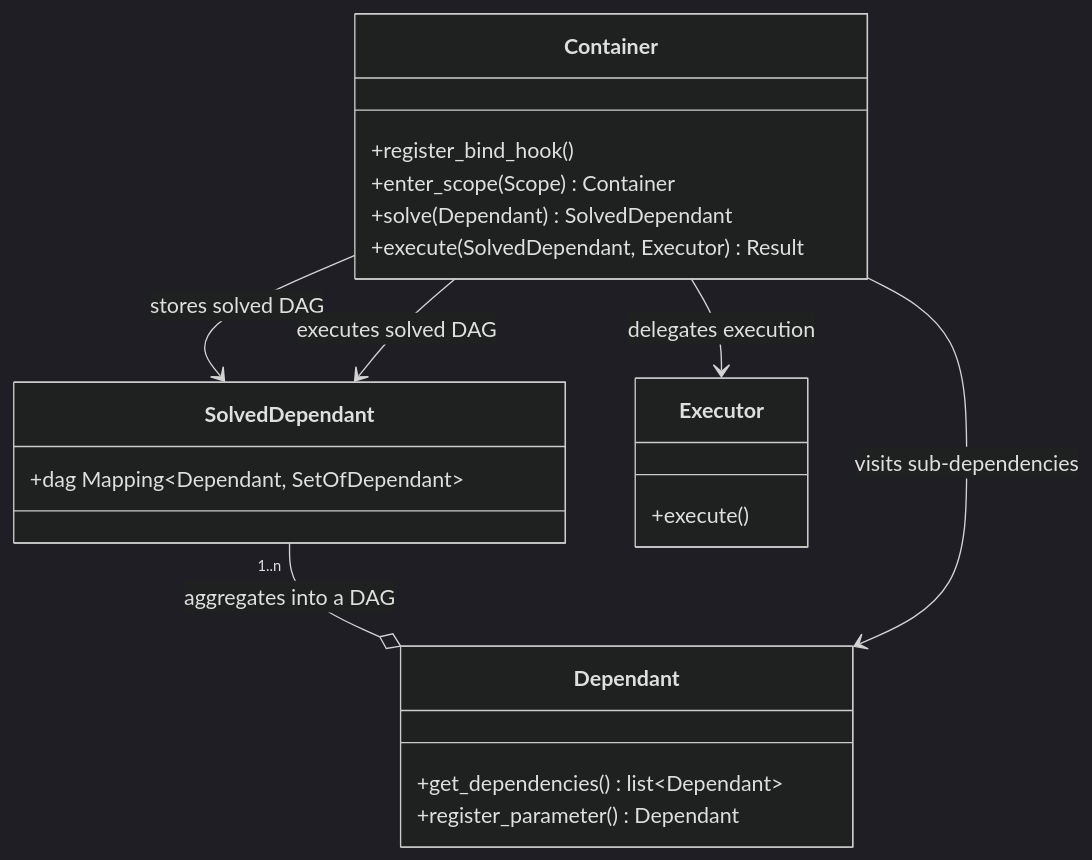
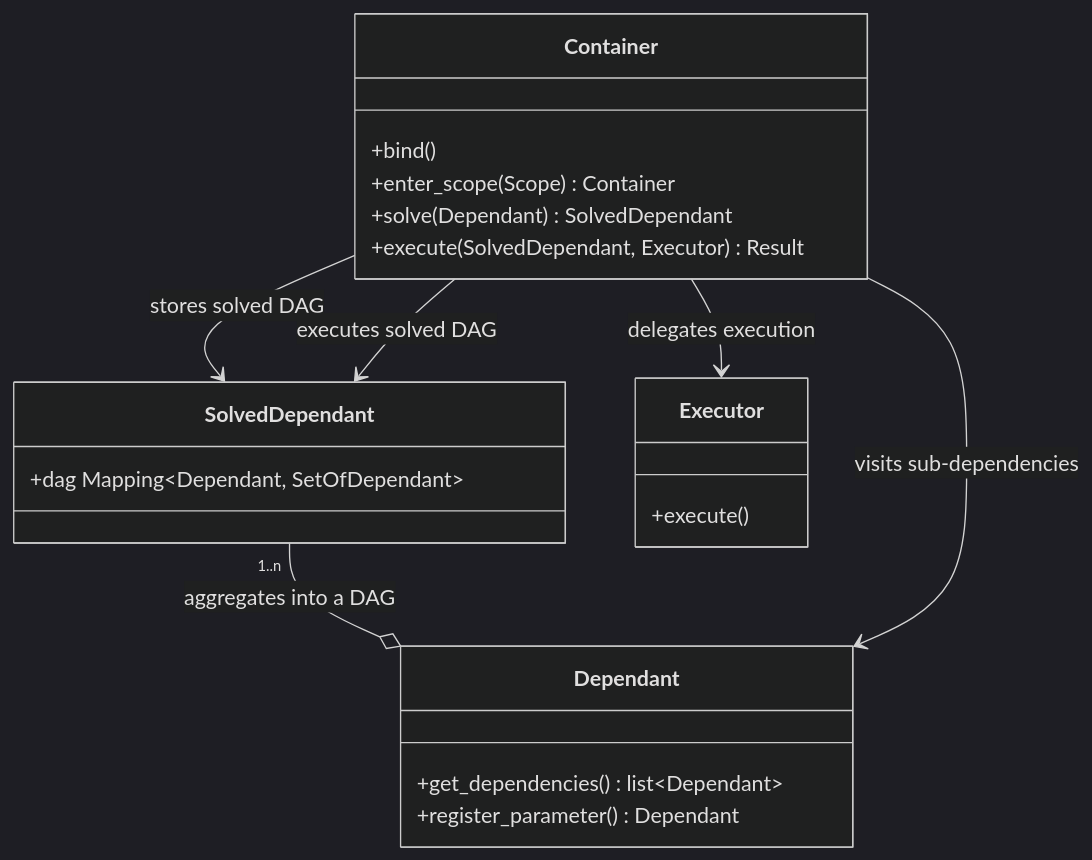
Before and after one commit to adriangb/di: the diagram in docs/architecture.md, drawn with Mermaid (dark theme). The commit also changed 24 other files, not shown here.

````diff
--- a/docs/architecture.md
+++ b/docs/architecture.md
@@ -26,24 +26,24 @@
 ``` mermaid
 classDiagram
     SolvedDependant "1..n" --o Dependant: aggregates into a DAG
     Container --> Dependant: visits sub-dependencies
     Container --> Executor: delegates execution
     Container --> SolvedDependant: stores solved DAG
     Container --> SolvedDependant: executes solved DAG
     class Dependant{
       +get_dependencies() list~Dependant~
       +register_parameter() Dependant
     }
     class SolvedDependant{
       +dag Mapping~Dependant, SetOfDependant~
     }
     class Executor{
       +execute()
     }
     class Container{
-      +register_bind_hook()
+      +bind()
       +enter_scope(Scope) Container
       +solve(Dependant) SolvedDependant
       +execute(SolvedDependant, Executor) Result
     }
 ```
````
